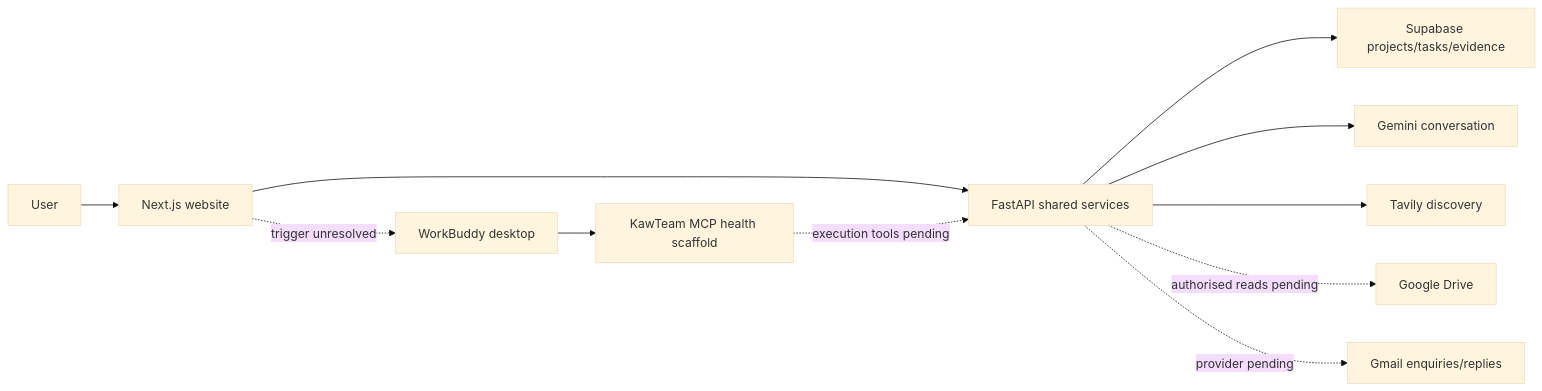
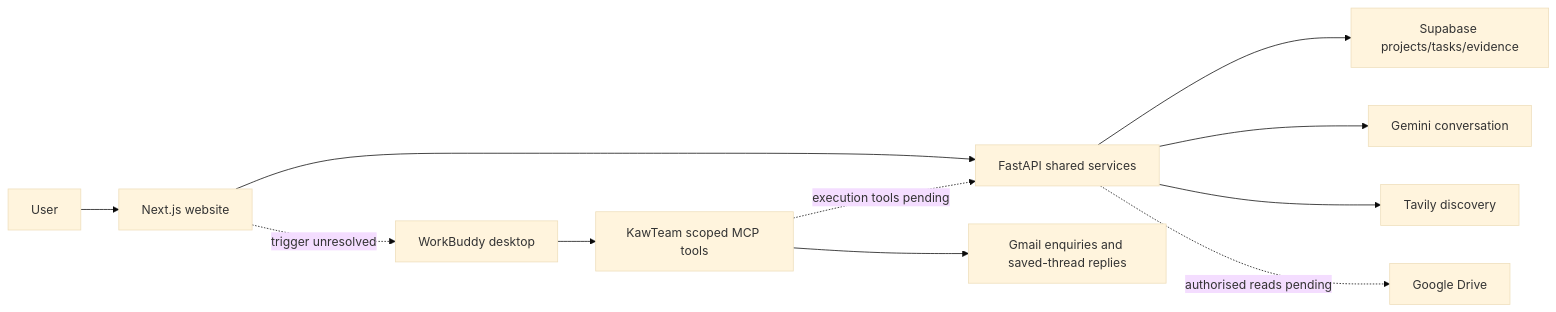
The diagram in AI_Complete_Hackathon_Blueprint.md (shazwanclw/KawTeam), drawn with Mermaid (base theme) before and after one commit. The commit also changed other lines of this file and 42 other files, not shown here.

````diff
--- a/AI_Complete_Hackathon_Blueprint.md
+++ b/AI_Complete_Hackathon_Blueprint.md
@@ -88,13 +88,13 @@
 ```mermaid
 flowchart LR
   U[User] --> W[Next.js website]
   W --> A[FastAPI shared services]
   A --> S[Supabase projects/tasks/evidence]
   A --> G[Gemini conversation]
   A --> T[Tavily discovery]
   A -. authorised reads pending .-> D[Google Drive]
-  B[WorkBuddy desktop] --> M[KawTeam MCP health scaffold]
+  B[WorkBuddy desktop] --> M[KawTeam scoped MCP tools]
   M -. execution tools pending .-> A
-  A -. provider pending .-> E[Gmail enquiries/replies]
+  M --> E[Gmail enquiries and saved-thread replies]
   W -. trigger unresolved .-> B
 ```
````
